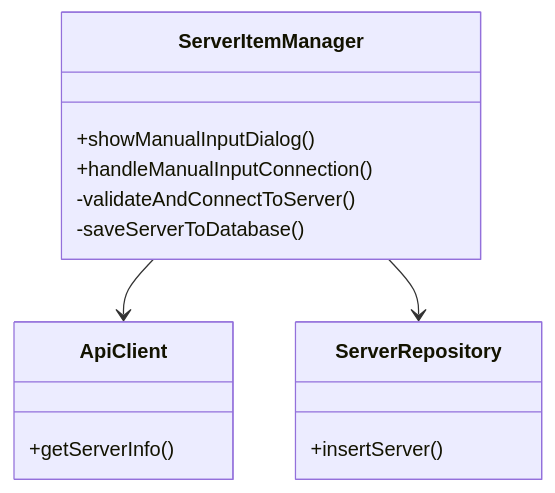
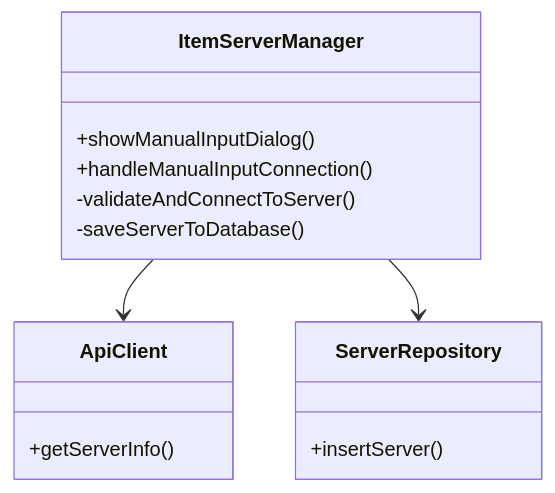
Before and after one commit to terminail/autodroid: diagram 19 of 23 in autodroid-trader-app/docs/DESIGN.md, drawn with Mermaid. The commit also changed other lines of this file and 21 other files, not shown here.

````diff
--- a/autodroid-trader-app/docs/DESIGN.md
+++ b/autodroid-trader-app/docs/DESIGN.md
@@ -930,20 +930,20 @@
 ```mermaid
 classDiagram
-    class ServerItemManager {
+    class ItemServerManager {
         +showManualInputDialog()
         +handleManualInputConnection()
         -validateAndConnectToServer()
         -saveServerToDatabase()
     }
     
     class ApiClient {
         +getServerInfo()
     }
     
     class ServerRepository {
         +insertServer()
     }
     
-    ServerItemManager --> ApiClient
-    ServerItemManager --> ServerRepository
+    ItemServerManager --> ApiClient
+    ItemServerManager --> ServerRepository
 ```
````
